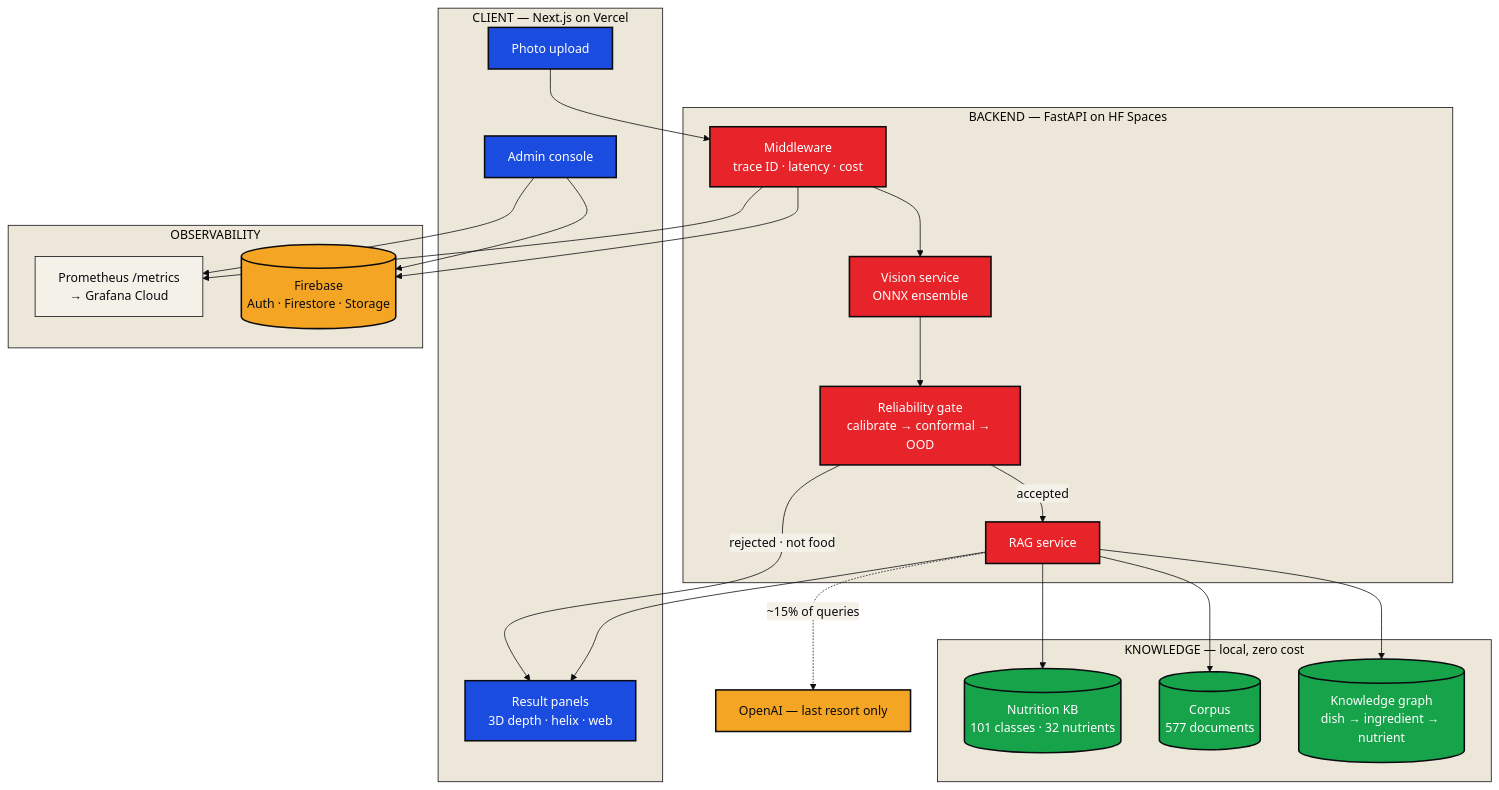
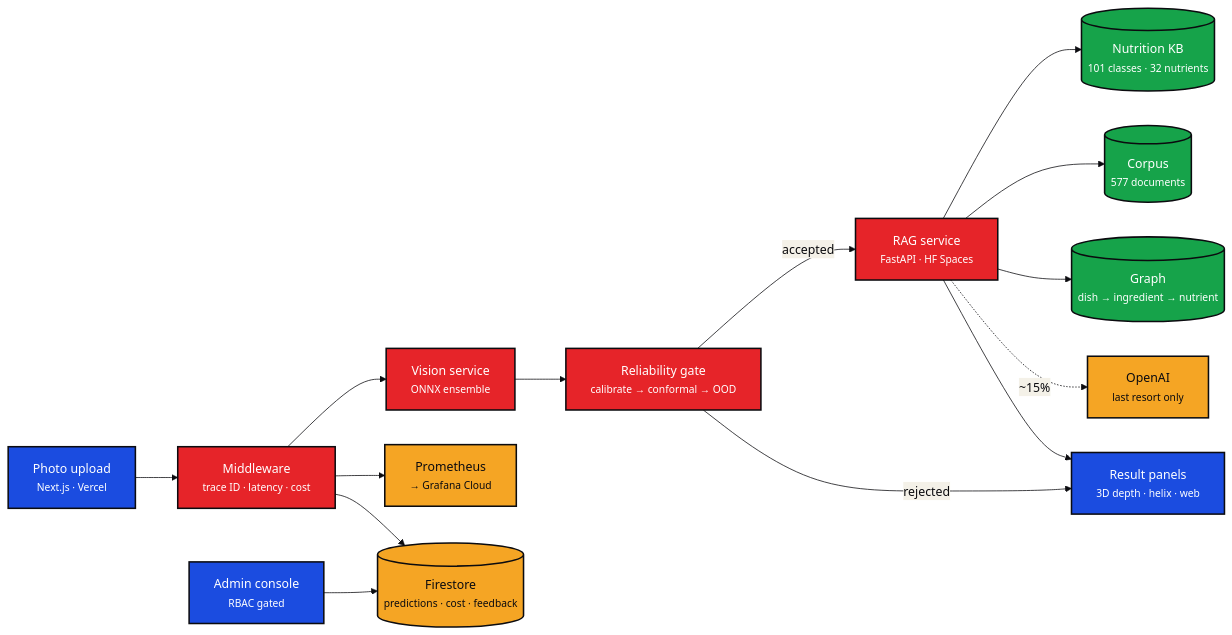
One commit to A-K-M-Asifuzzaman/Food changed the first of 11 diagrams in docs/architecture.md. Above: the diagram before and after it, drawn with Mermaid. The commit also changed other lines of this file, not shown here.

First line of the commit message:
Fix diagram legibility: text clipping and layout

````diff
--- a/docs/architecture.md
+++ b/docs/architecture.md
@@ -14,51 +17,40 @@
 ```mermaid
-%%{init: {'theme':'base','themeVariables':{'fontFamily':'ui-sans-serif, system-ui, -apple-system, sans-serif','primaryColor':'#F4F1E8','primaryTextColor':'#0B0B0F','primaryBorderColor':'#0B0B0F','lineColor':'#0B0B0F','clusterBkg':'#ECE7D9','clusterBorder':'#0B0B0F','edgeLabelBackground':'#F4F1E8'}}}%%
-flowchart TB
-    subgraph client[" CLIENT — Next.js on Vercel "]
-        UP["Photo upload"]
-        UI["Result panels<br/>3D depth · helix · web"]
-        ADM["Admin console"]
-    end
+%%{init: {'theme':'base','themeVariables':{'fontFamily':'ui-sans-serif, system-ui, -apple-system, sans-serif','primaryColor':'#F4F1E8','primaryTextColor':'#0B0B0F','primaryBorderColor':'#0B0B0F','lineColor':'#0B0B0F','clusterBkg':'#ECE7D9','clusterBorder':'#0B0B0F','edgeLabelBackground':'#F4F1E8'},'flowchart':{'padding':16,'nodeSpacing':45,'rankSpacing':55,'curve':'basis','htmlLabels':true},'themeCSS':'.nodeLabel{padding:2px 6px}'}}%%
+flowchart LR
+    UP["Photo upload<br/><small>Next.js · Vercel</small>"]
+    MW["Middleware<br/><small>trace ID · latency · cost</small>"]
+    VIS["Vision service<br/><small>ONNX ensemble</small>"]
+    REL["Reliability gate<br/><small>calibrate → conformal → OOD</small>"]
+    RAG["RAG service<br/><small>FastAPI · HF Spaces</small>"]
+    UI["Result panels<br/><small>3D depth · helix · web</small>"]
+    ADM["Admin console<br/><small>RBAC gated</small>"]
 
-    subgraph api[" BACKEND — FastAPI on HF Spaces "]
-        MW["Middleware<br/>trace ID · latency · cost"]
-        VIS["Vision service<br/>ONNX ensemble"]
-        REL["Reliability gate<br/>calibrate → conformal → OOD"]
-        RAG["RAG service"]
-    end
+    KB[("Nutrition KB<br/><small>101 classes · 32 nutrients</small>")]
+    COR[("Corpus<br/><small>577 documents</small>")]
+    GR[("Graph<br/><small>dish → ingredient → nutrient</small>")]
 
-    subgraph know[" KNOWLEDGE — local, zero cost "]
-        KB[("Nutrition KB<br/>101 classes · 32 nutrients")]
-        COR[("Corpus<br/>577 documents")]
-        GR[("Knowledge graph<br/>dish → ingredient → nutrient")]
-    end
-
-    subgraph obs[" OBSERVABILITY "]
-        PROM["Prometheus /metrics<br/>→ Grafana Cloud"]
-        FB[("Firebase<br/>Auth · Firestore · Storage")]
-    end
-
-    OAI["OpenAI — last resort only"]
+    PROM["Prometheus<br/><small>→ Grafana Cloud</small>"]
+    FB[("Firestore<br/><small>predictions · cost · feedback</small>")]
+    OAI["OpenAI<br/><small>last resort only</small>"]
 
     UP --> MW --> VIS --> REL
     REL -->|"accepted"| RAG
-    REL -->|"rejected · not food"| UI
+    REL -->|"rejected"| UI
     RAG --> KB
     RAG --> COR
     RAG --> GR
-    RAG -.->|"~15% of queries"| OAI
+    RAG -.->|"~15%"| OAI
     RAG --> UI
     MW --> PROM
     MW --> FB
     ADM --> FB
-    ADM --> PROM
 
     classDef c fill:#1B4CE0,stroke:#0B0B0F,stroke-width:2px,color:#fff
     classDef a fill:#E62429,stroke:#0B0B0F,stroke-width:2px,color:#fff
     classDef k fill:#16A34A,stroke:#0B0B0F,stroke-width:2px,color:#fff
     classDef e fill:#F5A524,stroke:#0B0B0F,stroke-width:2px,color:#0B0B0F
     class UP,UI,ADM c
     class MW,VIS,REL,RAG a
     class KB,COR,GR k
-    class FB,OAI e
+    class FB,OAI,PROM e
 ```
````
